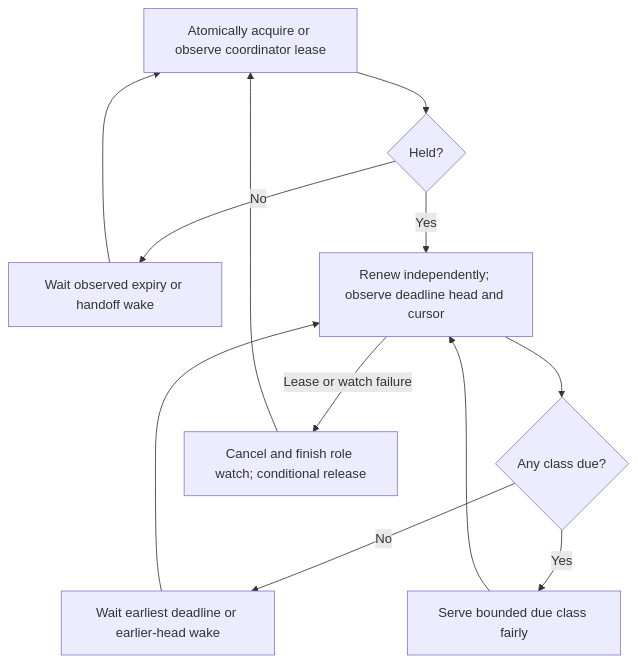
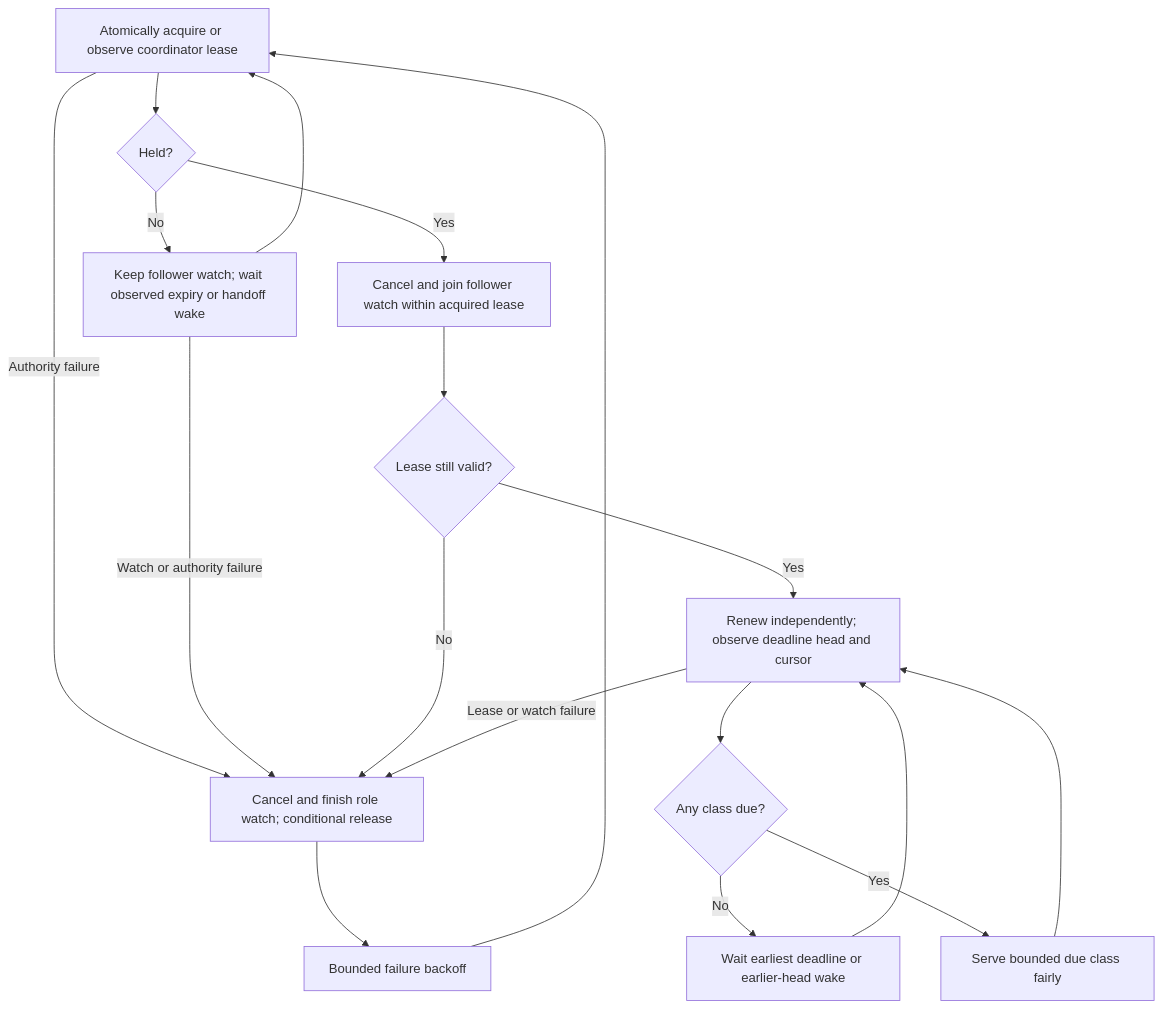
The third of 6 diagrams in docs/operations/lifecycle.md (zyno-io/sipbridge), drawn with Mermaid before and after one commit. The commit also changed other lines of this file and 6 other files, not shown here.

````diff
--- a/docs/operations/lifecycle.md
+++ b/docs/operations/lifecycle.md
@@ -70,14 +70,20 @@
 ```mermaid
 flowchart TD
     A[Atomically acquire or observe coordinator lease] --> B{Held?}
-    B -- No --> C[Wait observed expiry or handoff wake]
+    A -- Authority failure --> H
+    B -- No --> C[Keep follower watch; wait observed expiry or handoff wake]
     C --> A
-    B -- Yes --> D[Renew independently; observe deadline head and cursor]
+    C -- Watch or authority failure --> H
+    B -- Yes --> I[Cancel and join follower watch within acquired lease]
+    I --> K{Lease still valid?}
+    K -- Yes --> D[Renew independently; observe deadline head and cursor]
+    K -- No --> H
     D --> E{Any class due?}
     E -- No --> F[Wait earliest deadline or earlier-head wake]
     F --> D
     E -- Yes --> G[Serve bounded due class fairly]
     G --> D
     D -- Lease or watch failure --> H[Cancel and finish role watch; conditional release]
-    H --> A
+    H --> J[Bounded failure backoff]
+    J --> A
 ```
````
